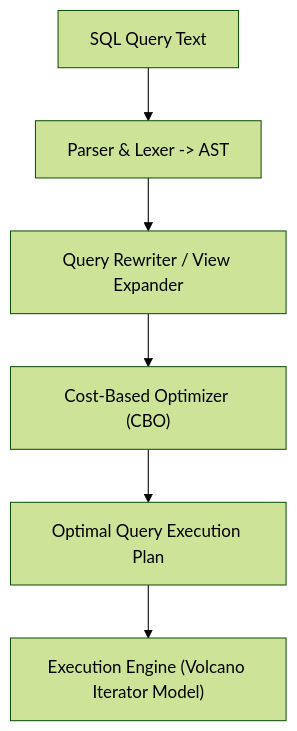
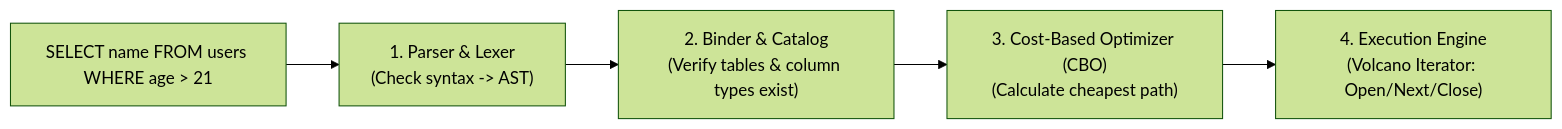
Before and after one commit to rohithgowda18/Notes: the tenth of 16 diagrams in 02-DBMS/DBMS-Advanced-Concepts.md, drawn with Mermaid (forest theme). The commit also changed other lines of this file and 4 other files, not shown here.

````diff
--- a/02-DBMS/DBMS-Advanced-Concepts.md
+++ b/02-DBMS/DBMS-Advanced-Concepts.md
@@ -429,8 +602,7 @@
 ```mermaid
-flowchart TD
-    SQL["SQL Query Text"] --> Parser["Parser & Lexer -> AST"]
-    Parser --> Rewriter["Query Rewriter / View Expander"]
-    Rewriter --> Optimizer["Cost-Based Optimizer (CBO)"]
-    Optimizer --> Plan["Optimal Query Execution Plan"]
-    Plan --> ExecEngine["Execution Engine (Volcano Iterator Model)"]
+flowchart LR
+    SQL["SELECT name FROM users WHERE age > 21"] --> Parser["1. Parser & Lexer<br/>(Check syntax -> AST)"]
+    Parser --> Binder["2. Binder & Catalog<br/>(Verify tables & column types exist)"]
+    Binder --> Optimizer["3. Cost-Based Optimizer (CBO)<br/>(Calculate cheapest path)"]
+    Optimizer --> Engine["4. Execution Engine<br/>(Volcano Iterator: Open/Next/Close)"]
 ```
````
